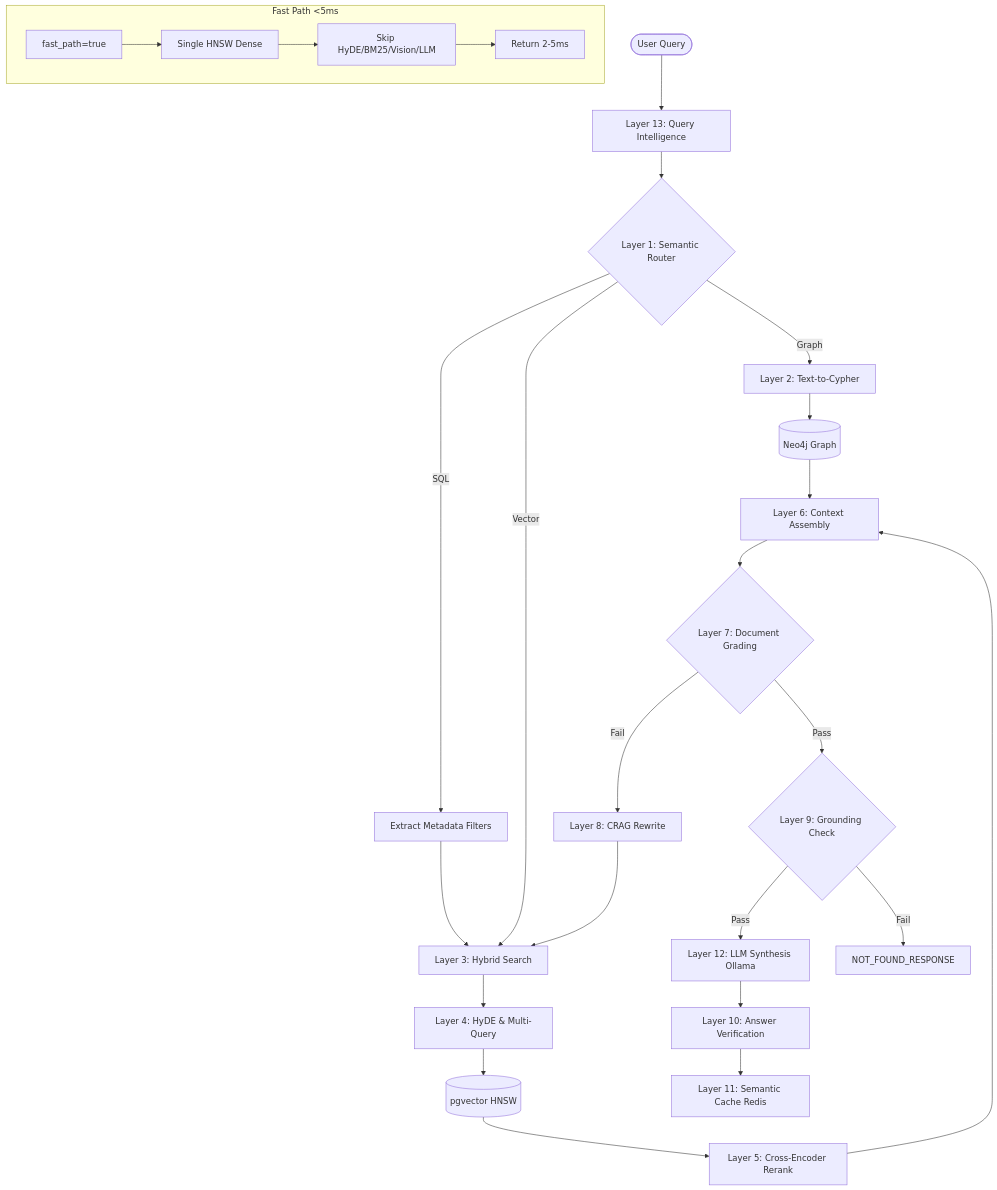
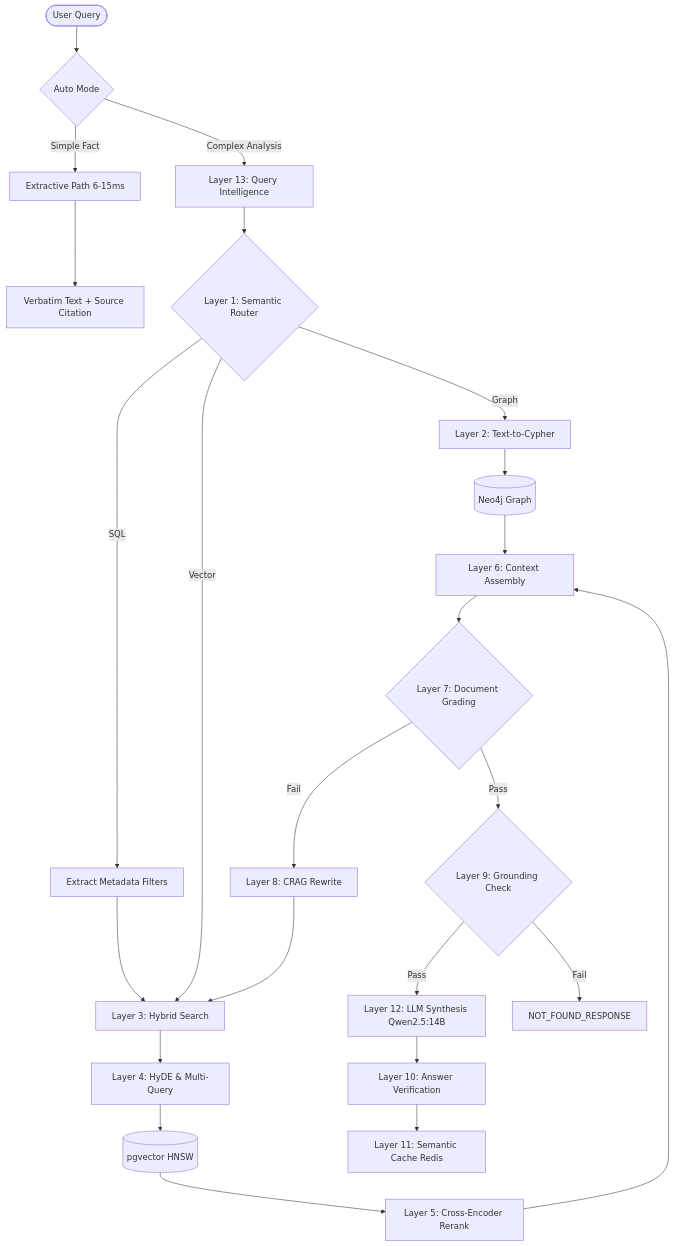
The diagram in README.md (varunsrivastav1999/Retrieval-Augmented-Generation--RAG-), drawn with Mermaid before and after one commit. The commit also changed other lines of this file and 15 other files, not shown here.

````diff
--- a/README.md
+++ b/README.md
@@ -20,35 +40,27 @@
 ```mermaid
 graph TD
-    User([User Query]) --> R13[Layer 13: Query Intelligence]
+    User([User Query]) --> Auto{Auto Mode}
+    Auto -- Simple Fact --> Ext[Extractive Path 6-15ms]
+    Auto -- Complex Analysis --> R13[Layer 13: Query Intelligence]
+    Ext --> Verbatim[Verbatim Text + Source Citation]
+
     R13 --> R1{Layer 1: Semantic Router}
-
     R1 -- Graph --> R2[Layer 2: Text-to-Cypher]
     R2 --> Neo4j[(Neo4j Graph)]
     Neo4j --> R6[Layer 6: Context Assembly]
-
     R1 -- SQL --> SF[Extract Metadata Filters]
     SF --> R3
-
     R1 -- Vector --> R3[Layer 3: Hybrid Search]
     R3 --> R4[Layer 4: HyDE & Multi-Query]
     R4 --> PGV[(pgvector HNSW)]
     PGV --> R5[Layer 5: Cross-Encoder Rerank]
     R5 --> R6
-
     R6 --> R7{Layer 7: Document Grading}
     R7 -- Pass --> R9{Layer 9: Grounding Check}
     R7 -- Fail --> R8[Layer 8: CRAG Rewrite]
     R8 --> R3
-
-    R9 -- Pass --> R12[Layer 12: LLM Synthesis Ollama]
+    R9 -- Pass --> R12[Layer 12: LLM Synthesis Qwen2.5:14B]
     R9 -- Fail --> HALT[NOT_FOUND_RESPONSE]
-
     R12 --> R10[Layer 10: Answer Verification]
     R10 --> Cache[Layer 11: Semantic Cache Redis]
-
-    subgraph FastPath [Fast Path &lt;5ms]
-        FP[fast_path=true] --> FPS[Single HNSW Dense]
-        FPS --> FPG[Skip HyDE/BM25/Vision/LLM]
-        FPG --> FPR[Return 2-5ms]
-    end
 ```
````
